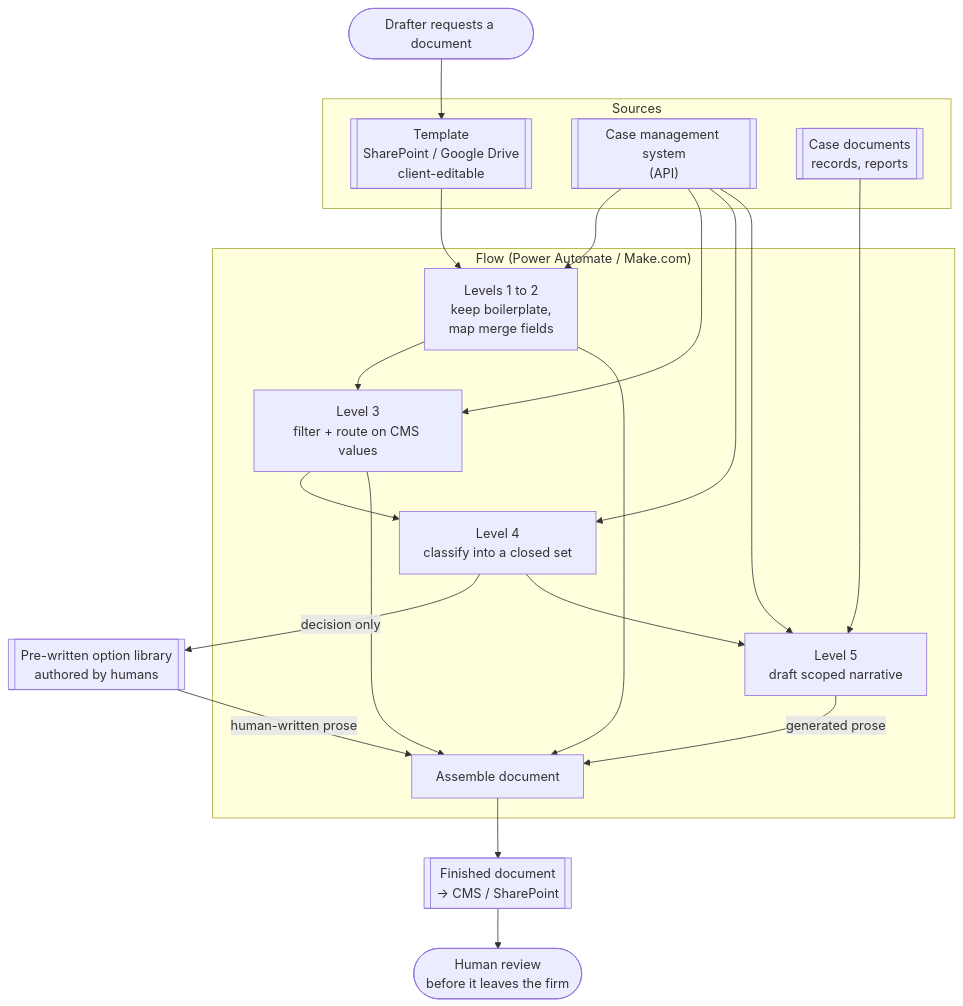
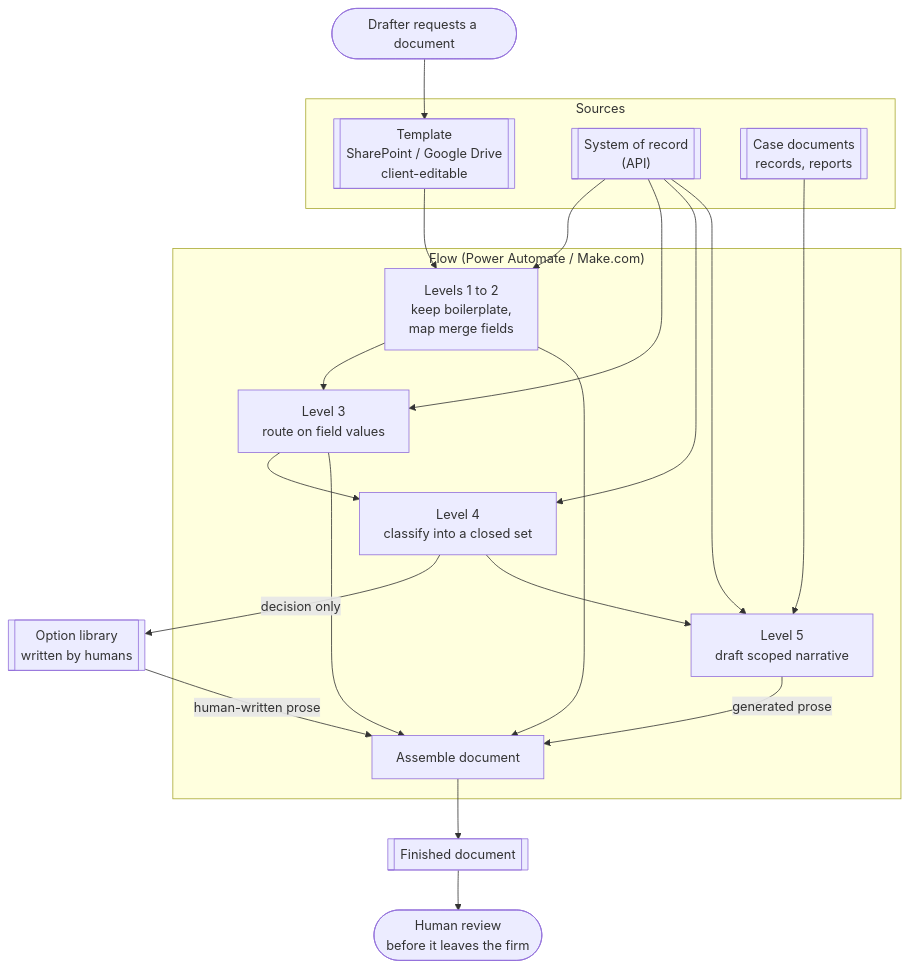
The second of 2 diagrams in document-generation/README.md (laraderosa-lab/laraderosa-solutions), drawn with Mermaid before and after one commit. The commit also changed other lines of this file and 5 other files, not shown here.

````diff
--- a/document-generation/README.md
+++ b/document-generation/README.md
@@ -158,38 +160,38 @@
 ```mermaid
 flowchart TB
     trigger(["Drafter requests a document"])
 
     subgraph sources["Sources"]
       tpl[["Template<br/>SharePoint / Google Drive<br/>client-editable"]]
-      cms[["Case management system<br/>(API)"]]
+      sor[["System of record<br/>(API)"]]
       docs[["Case documents<br/>records, reports"]]
     end
 
     subgraph flow["Flow (Power Automate / Make.com)"]
       l12["Levels 1 to 2<br/>keep boilerplate,<br/>map merge fields"]
-      l3["Level 3<br/>filter + route on CMS values"]
+      l3["Level 3<br/>route on field values"]
       l4["Level 4<br/>classify into a closed set"]
       l5["Level 5<br/>draft scoped narrative"]
       asm["Assemble document"]
     end
 
-    opts[["Pre-written option library<br/>authored by humans"]]
-    out[["Finished document<br/>→ CMS / SharePoint"]]
+    opts[["Option library<br/>written by humans"]]
+    out[["Finished document"]]
     review(["Human review<br/>before it leaves the firm"])
 
     trigger --> tpl --> l12
-    cms --> l12
+    sor --> l12
     l12 --> l3
-    cms --> l3
+    sor --> l3
     l3 --> l4
-    cms --> l4
+    sor --> l4
     l4 -->|"decision only"| opts
     opts -->|"human-written prose"| asm
     l3 --> asm
     l12 --> asm
     l4 --> l5
     docs --> l5
-    cms --> l5
+    sor --> l5
     l5 -->|"generated prose"| asm
     asm --> out --> review
 ```
````
